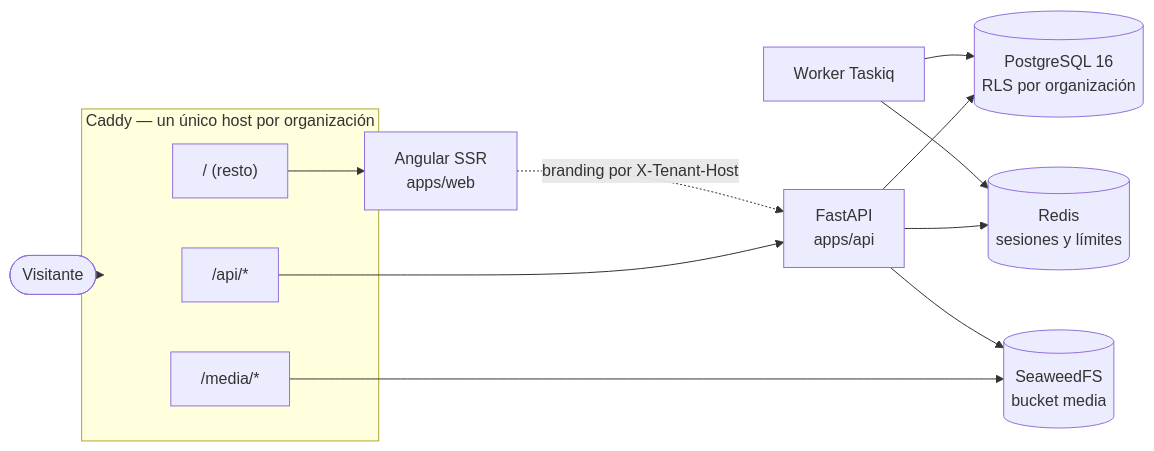
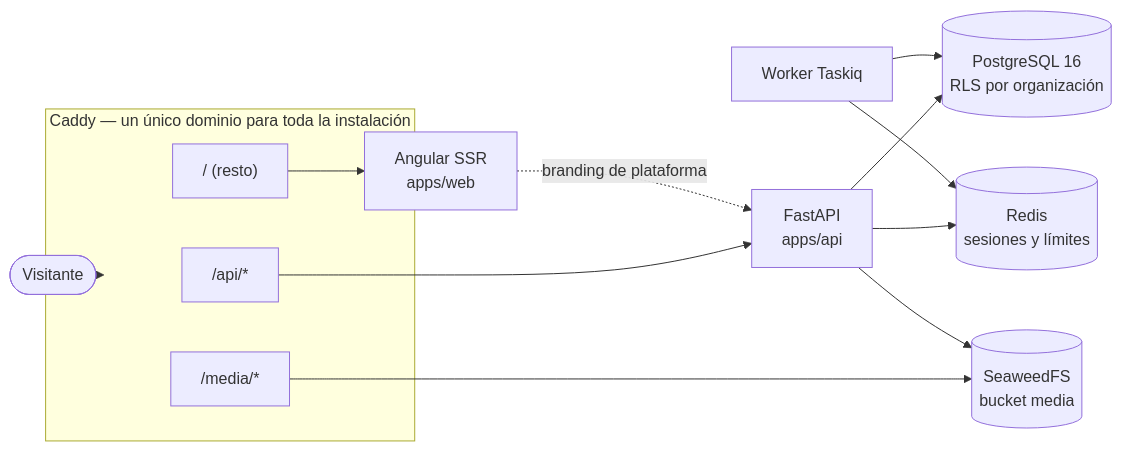
The first of 2 diagrams in docs/arquitectura.md (yosnap/eventarium), drawn with Mermaid before and after one commit. The commit also changed other lines of this file and 6 other files, not shown here.

First line of the commit message:
docs(arquitectura): cierre del plan organización sin dominio

````diff
--- a/docs/arquitectura.md
+++ b/docs/arquitectura.md
@@ -8,21 +10,21 @@
 ```mermaid
 flowchart LR
   Visitante([Visitante]) --> Caddy
 
-  subgraph Caddy["Caddy — un único host por organización"]
+  subgraph Caddy["Caddy — un único dominio para toda la instalación"]
     R1["/api/*"]
     R2["/media/*"]
     R3["/  (resto)"]
   end
 
   R1 --> API["FastAPI\napps/api"]
   R3 --> Web["Angular SSR\napps/web"]
-  Web -. "branding por X-Tenant-Host" .-> API
+  Web -. "branding de plataforma" .-> API
   R2 --> S3[(SeaweedFS\nbucket media)]
 
   API --> PG[(PostgreSQL 16\nRLS por organización)]
   API --> Redis[(Redis\nsesiones y límites)]
   API --> S3
   Worker["Worker Taskiq"] --> Redis
   Worker --> PG
 ```
````
